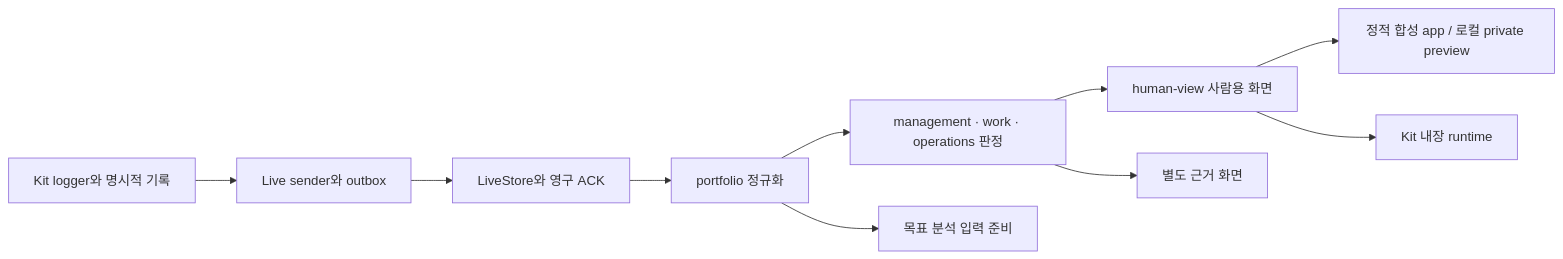
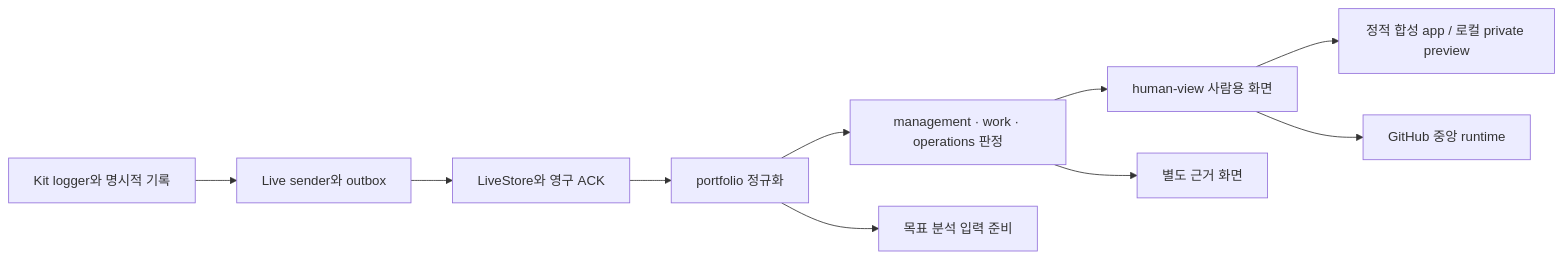
Before and after one commit to heejunyoo/ai-pms: the diagram in docs/project-architecture.md, drawn with Mermaid. The commit also changed other lines of this file and 104 other files, not shown here.

````diff
--- a/docs/project-architecture.md
+++ b/docs/project-architecture.md
@@ -5,12 +5,12 @@
 ```mermaid
 flowchart LR
     H[Kit logger와 명시적 기록] --> S[Live sender와 outbox]
     S --> L[LiveStore와 영구 ACK]
     L --> P[portfolio 정규화]
     P --> W[management · work · operations 판정]
     W --> V[human-view 사람용 화면]
     W --> E[별도 근거 화면]
     P --> A[목표 분석 입력 준비]
     V --> B[정적 합성 app / 로컬 private preview]
-    V --> K[Kit 내장 runtime]
+    V --> K[GitHub 중앙 runtime]
 ```
````
